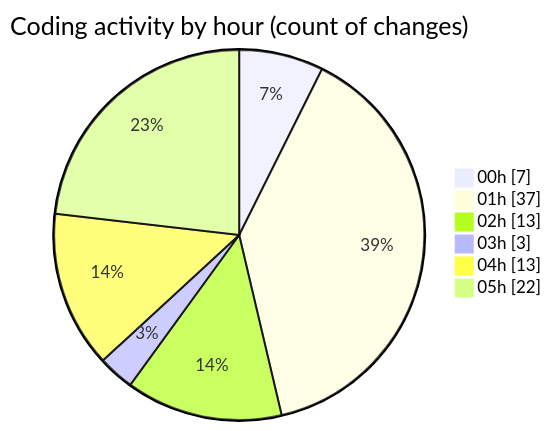
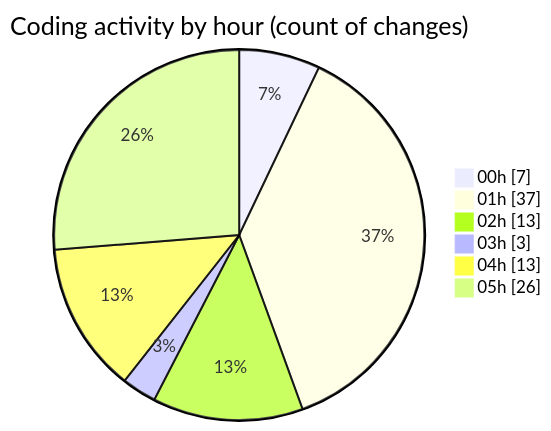
One commit to charlie-sans/code-tracking changed the second of 2 diagrams in 2025-02-23/micros/README.md. Above: the diagram before and after it, drawn with Mermaid. The commit also changed other lines of this file and 1 other file, not shown here.

````diff
--- a/2025-02-23/micros/README.md
+++ b/2025-02-23/micros/README.md
@@ -58,10 +59,10 @@
 ```mermaid
 pie showData
 title Coding activity by hour (count of changes)
 "00h" : 7
 "01h" : 37
 "02h" : 13
 "03h" : 3
 "04h" : 13
-"05h" : 22
+"05h" : 26
 ```
````
